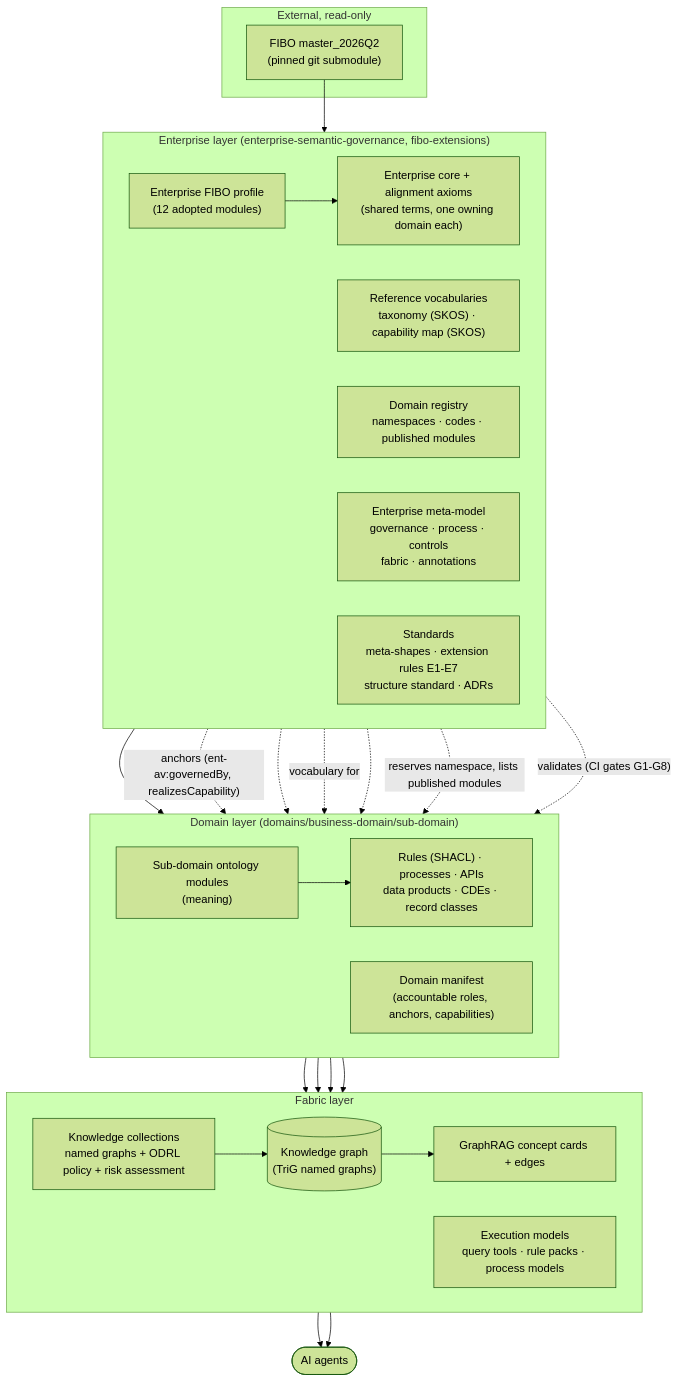
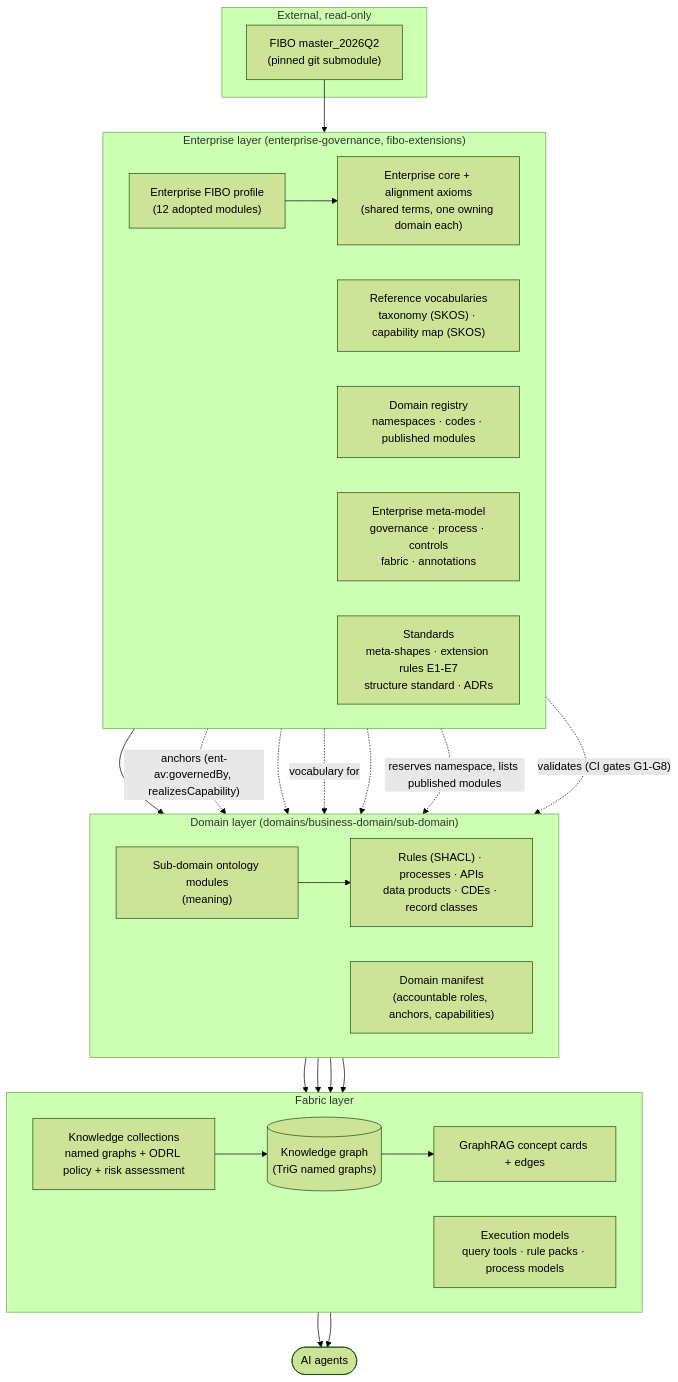
The first of 2 diagrams in docs/framework/01-overview.md (mevansam/semantic-layer-sandbox), drawn with Mermaid (forest theme) before and after one commit. The commit also changed other lines of this file and 90 other files, not shown here.

````diff
--- a/docs/framework/01-overview.md
+++ b/docs/framework/01-overview.md
@@ -29,42 +29,42 @@
 ```mermaid
 flowchart TB
     subgraph EXT["External, read-only"]
         FIBO["FIBO master_2026Q2<br/>(pinned git submodule)"]
     end
-    subgraph ENT["Enterprise layer (enterprise-semantic-governance, fibo-extensions)"]
+    subgraph ENT["Enterprise layer (enterprise-governance, fibo-extensions)"]
         direction LR
         PROF["Enterprise FIBO profile<br/>(12 adopted modules)"]
         CORE["Enterprise core + alignment axioms<br/>(shared terms, one owning domain each)"]
         REF["Reference vocabularies<br/>taxonomy (SKOS) · capability map (SKOS)"]
         REG["Domain registry<br/>namespaces · codes · published modules"]
         META["Enterprise meta-model<br/>governance · process · controls<br/>fabric · annotations"]
         STD["Standards<br/>meta-shapes · extension rules E1-E7<br/>structure standard · ADRs"]
     end
     subgraph DOM["Domain layer (domains/business-domain/sub-domain)"]
         direction LR
         ONT["Sub-domain ontology modules<br/>(meaning)"]
         ASSETS["Rules (SHACL) · processes · APIs<br/>data products · CDEs · record classes"]
         MAN["Domain manifest<br/>(accountable roles, anchors, capabilities)"]
     end
     subgraph FAB["Fabric layer"]
         direction LR
         COLL["Knowledge collections<br/>named graphs + ODRL policy + risk assessment"]
         EXEC["Execution models<br/>query tools · rule packs · process models"]
         KG[("Knowledge graph<br/>(TriG named graphs)")]
         CARDS["GraphRAG concept cards + edges"]
     end
     AG(["AI agents"])
 
     FIBO --> PROF --> CORE --> ONT
     REF -. "anchors (ent-av:governedBy, realizesCapability)" .-> ONT
     REF -.-> MAN
     META -. "vocabulary for" .-> ASSETS
     META -.-> MAN
     ONT --> ASSETS
     REG -. "reserves namespace, lists published modules" .-> ONT
     STD -. "validates (CI gates G1-G8)" .-> DOM
     ONT & ASSETS & MAN --> COLL
     ASSETS --> EXEC
     COLL --> KG --> CARDS --> AG
     EXEC --> AG
 ```
````
